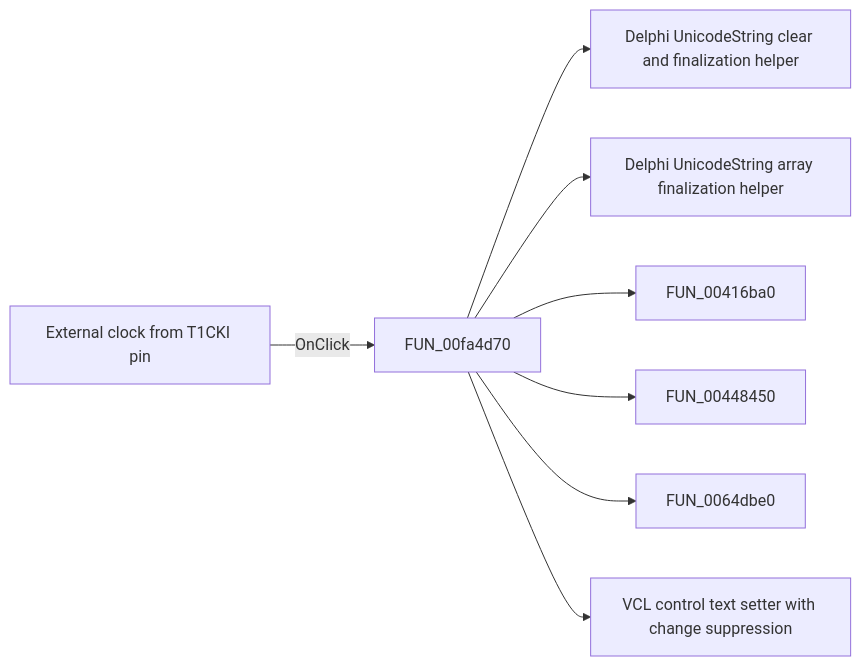
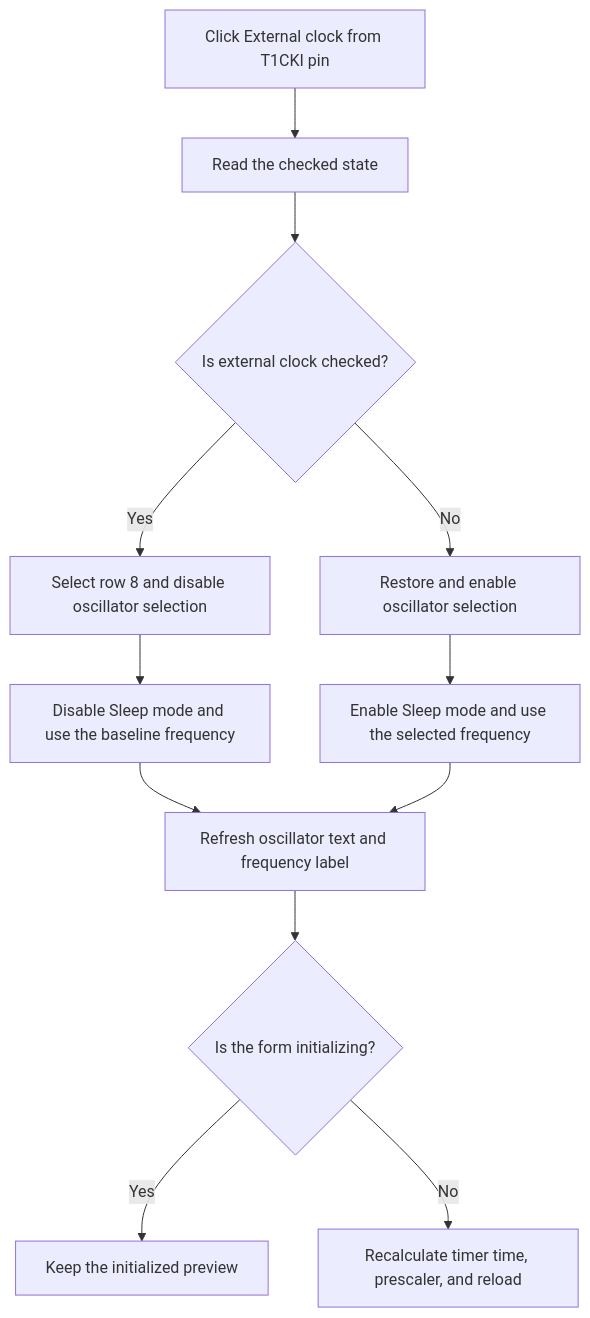
The diagram in docs/ui-controls/dlgflowchartinterruptpictmr1/ch-tmr1clks-9297b029ed.md (MovGP0/TIARA), drawn with Mermaid before and after one commit. The commit also changed other lines of this file and 387 other files, not shown here.

````diff
--- a/docs/ui-controls/dlgflowchartinterruptpictmr1/ch-tmr1clks-9297b029ed.md
+++ b/docs/ui-controls/dlgflowchartinterruptpictmr1/ch-tmr1clks-9297b029ed.md
@@ -27,10 +33,14 @@
 ```mermaid
-flowchart LR
-    control["External clock from T1CKI pin"] -->|OnClick| handler["FUN_00fa4d70"]
-    handler --> call1["Delphi UnicodeString clear and finalization helper"]
-    handler --> call2["Delphi UnicodeString array finalization helper"]
-    handler --> call3["FUN_00416ba0"]
-    handler --> call4["FUN_00448450"]
-    handler --> call5["FUN_0064dbe0"]
-    handler --> call6["VCL control text setter with change suppression"]
+flowchart TD
+    control["Click External clock from T1CKI pin"] --> handler["Read the checked state"]
+    handler --> external{"Is external clock checked?"}
+    external -->|Yes| fixed["Select row 8 and disable oscillator selection"]
+    fixed --> sleepOff["Disable Sleep mode and use the baseline frequency"]
+    external -->|No| restore["Restore and enable oscillator selection"]
+    restore --> sleepOn["Enable Sleep mode and use the selected frequency"]
+    sleepOff --> labels["Refresh oscillator text and frequency label"]
+    sleepOn --> labels
+    labels --> initializing{"Is the form initializing?"}
+    initializing -->|Yes| finish["Keep the initialized preview"]
+    initializing -->|No| recalculate["Recalculate timer time, prescaler, and reload"]
 ```
````
